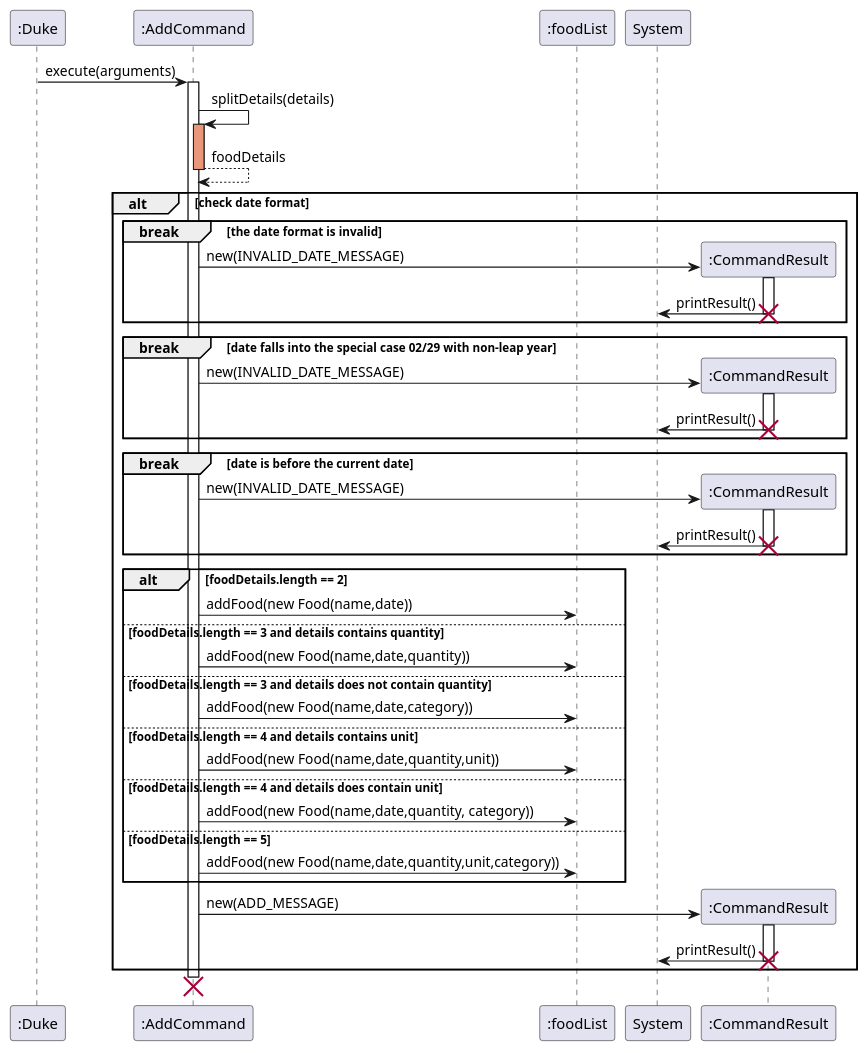
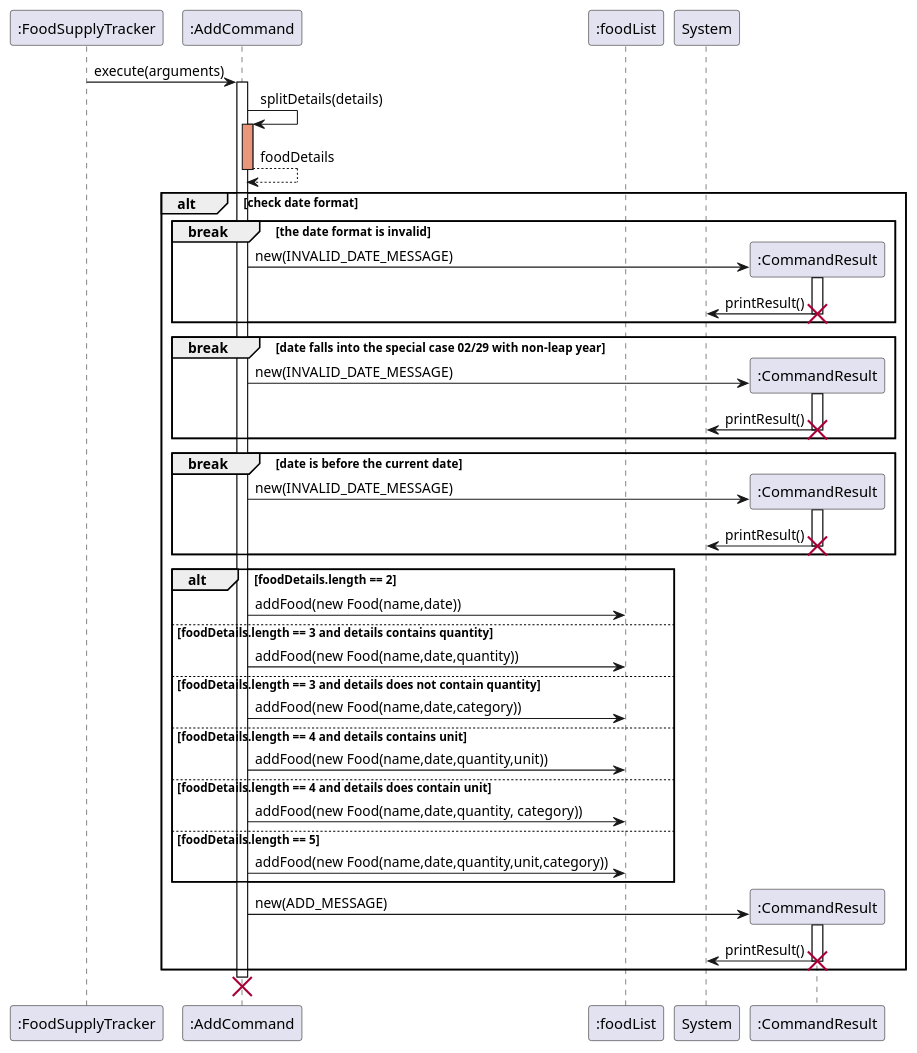
The diagram in docs/puml/AddCommandSequenceDiagram.puml (tsx0314/tp), drawn with PlantUML before and after one commit. The commit also changed 103 other files, not shown here.

```diff
--- a/docs/puml/AddCommandSequenceDiagram.puml
+++ b/docs/puml/AddCommandSequenceDiagram.puml
@@ -1,72 +1,72 @@
 @startuml
 'https://plantuml.com/sequence-diagram
 
-participant ":Duke"
+participant ":FoodSupplyTracker"
 participant ":AddCommand"
 participant ":foodList"
 
-":Duke" -> ":AddCommand": execute(arguments)
+":FoodSupplyTracker" -> ":AddCommand": execute(arguments)
 activate ":AddCommand"
 ":AddCommand" -> ":AddCommand": splitDetails(details)
 activate ":AddCommand" #DarkSalmon
 ":AddCommand" --> ":AddCommand": foodDetails
 deactivate
 
 alt check date format
 break the date format is invalid
 create ":CommandResult"
 ":AddCommand" -> ":CommandResult": new(INVALID_DATE_MESSAGE)
 activate ":CommandResult"
 ":CommandResult" -> System: printResult()
 deactivate
 destroy ":CommandResult"
 end
 
 break date falls into the special case 02/29 with non-leap year
 create ":CommandResult"
 ":AddCommand" -> ":CommandResult": new(INVALID_DATE_MESSAGE)
 activate ":CommandResult"
 ":CommandResult" -> System: printResult()
 deactivate
 destroy ":CommandResult"
 
 end
 
 activate ":AddCommand"
 break date is before the current date
 create ":CommandResult"
 ":AddCommand" -> ":CommandResult": new(INVALID_DATE_MESSAGE)
 activate ":CommandResult"
 ":CommandResult" -> System: printResult()
 deactivate
 destroy ":CommandResult"
 end
 
 activate ":AddCommand"
 alt foodDetails.length == 2
 ":foodList" <- ":AddCommand": addFood(new Food(name,date))
 
 else foodDetails.length == 3 and details contains quantity
 ":foodList" <- ":AddCommand": addFood(new Food(name,date,quantity))
 else foodDetails.length == 3 and details does not contain quantity
 ":foodList" <- ":AddCommand": addFood(new Food(name,date,category))
 else foodDetails.length == 4 and details contains unit
 ":foodList" <- ":AddCommand": addFood(new Food(name,date,quantity,unit))
 else foodDetails.length == 4 and details does contain unit
 ":foodList" <- ":AddCommand": addFood(new Food(name,date,quantity, category))
 else foodDetails.length == 5
 ":foodList" <- ":AddCommand": addFood(new Food(name,date,quantity,unit,category))
 end
 participant ":CommandResult"
 create ":CommandResult"
 ":AddCommand" -> ":CommandResult": new(ADD_MESSAGE)
 activate ":CommandResult"
 ":CommandResult" -> System: printResult()
 deactivate
 destroy ":CommandResult"
 
 end
 
 destroy ":AddCommand"
 
 @enduml
```
